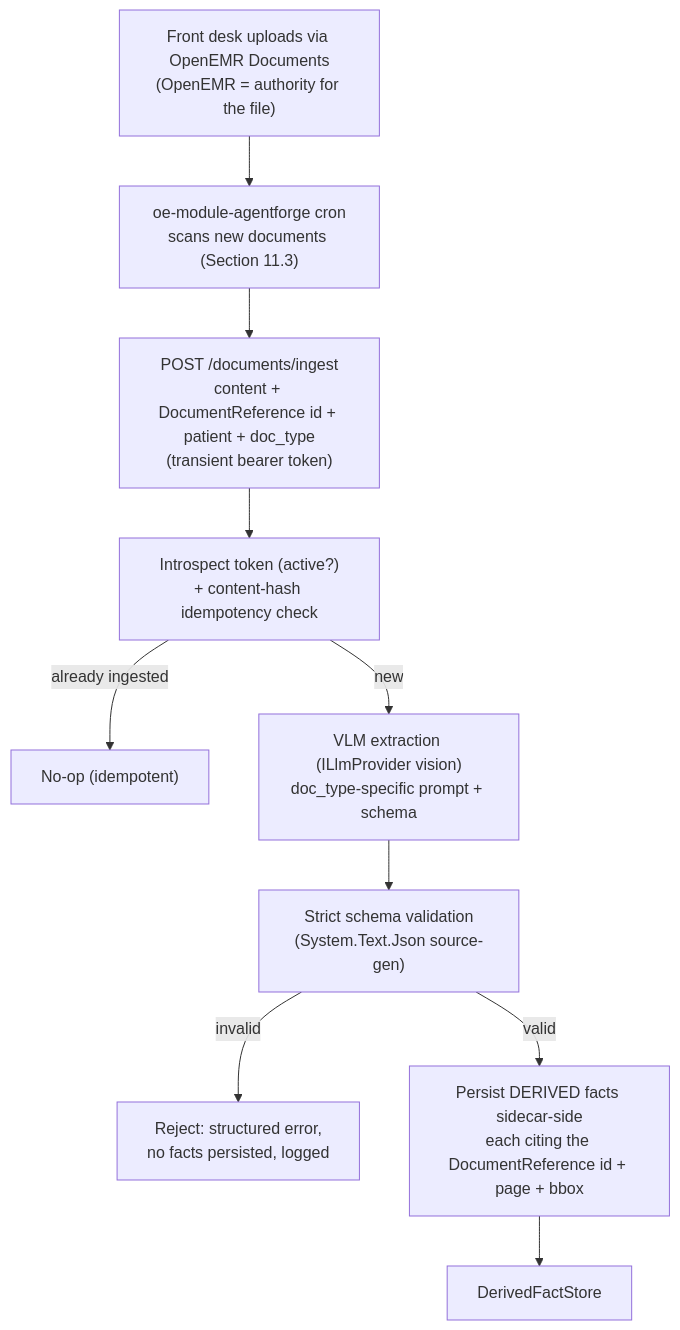
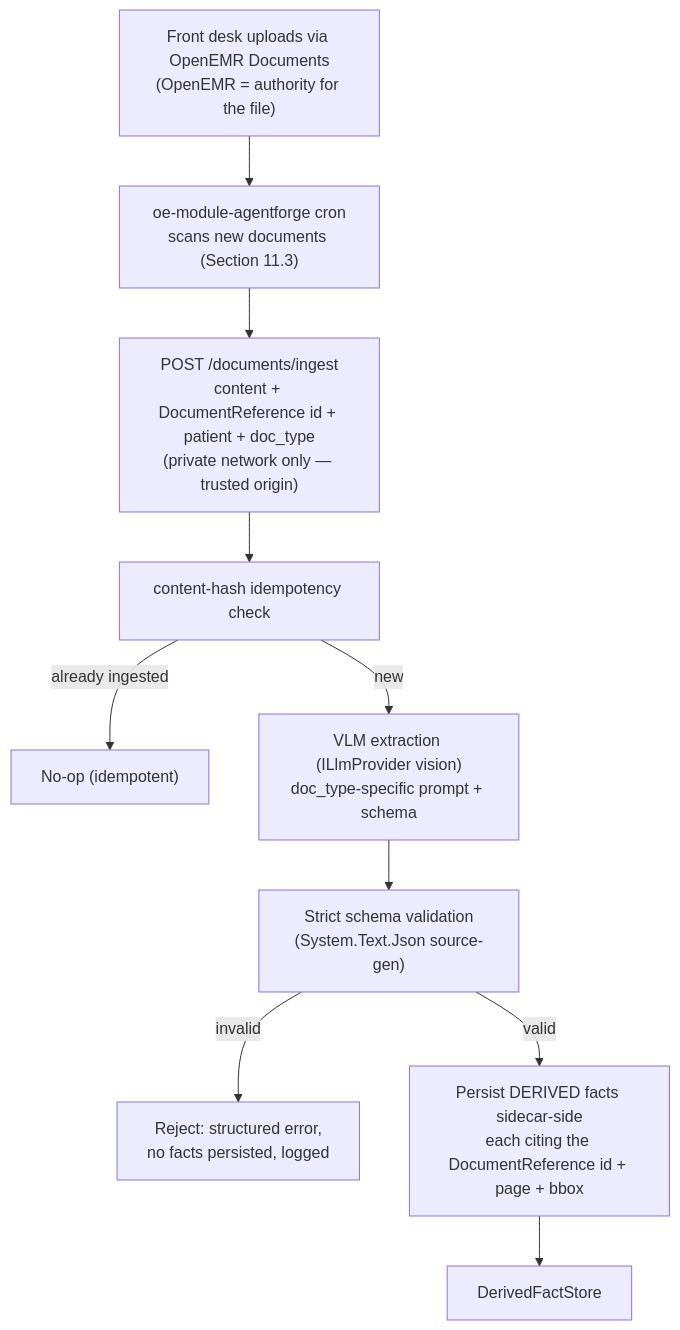
One commit to adammarquette/agent-forge-copilot changed the first of 4 diagrams in documentation/W2_ARCHITECTURE.md. Above: the diagram before and after it, drawn with Mermaid. The commit also changed other lines of this file and 1 other file, not shown here.

First line of the commit message:
refactor(ingest): trust private-network origin instead of token introspection

````diff
--- a/documentation/W2_ARCHITECTURE.md
+++ b/documentation/W2_ARCHITECTURE.md
@@ -125,12 +125,12 @@
 ```mermaid
 flowchart TD
     U["Front desk uploads via OpenEMR Documents<br/>(OpenEMR = authority for the file)"] --> K["oe-module-agentforge cron<br/>scans new documents (Section 11.3)"]
-    K --> P["POST /documents/ingest<br/>content + DocumentReference id + patient + doc_type<br/>(transient bearer token)"]
-    P --> V["Introspect token (active?)<br/>+ content-hash idempotency check"]
+    K --> P["POST /documents/ingest<br/>content + DocumentReference id + patient + doc_type<br/>(private network only — trusted origin)"]
+    P --> V["content-hash idempotency check"]
     V -->|already ingested| Z["No-op (idempotent)"]
     V -->|new| E["VLM extraction (ILlmProvider vision)<br/>doc_type-specific prompt + schema"]
     E --> F["Strict schema validation<br/>(System.Text.Json source-gen)"]
     F -->|invalid| G["Reject: structured error,<br/>no facts persisted, logged"]
     F -->|valid| I["Persist DERIVED facts sidecar-side<br/>each citing the DocumentReference id + page + bbox"]
     I --> J["DerivedFactStore"]
 ```
````
